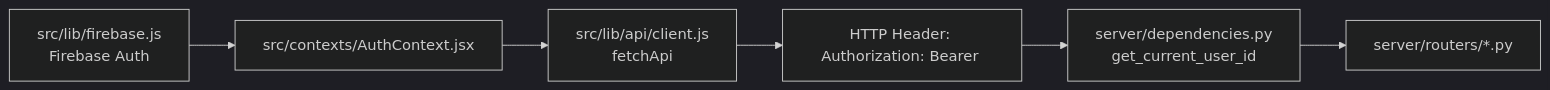
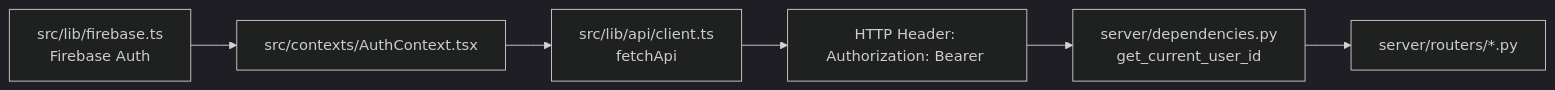
One commit to Shawn-csy/write_project changed diagram 12 of 15 in docs/product/data-flows.md. Above: the diagram before and after it, drawn with Mermaid (dark theme). The commit also changed other lines of this file and 34 other files, not shown here.

````diff
--- a/docs/product/data-flows.md
+++ b/docs/product/data-flows.md
@@ -209,8 +209,8 @@
 ```mermaid
 flowchart LR
-  A[src/lib/firebase.js\nFirebase Auth] --> B[src/contexts/AuthContext.jsx]
-  B --> C[src/lib/api/client.js\nfetchApi]
+  A[src/lib/firebase.ts\nFirebase Auth] --> B[src/contexts/AuthContext.tsx]
+  B --> C[src/lib/api/client.ts\nfetchApi]
   C --> D[HTTP Header: Authorization: Bearer <id_token>]
   D --> E[server/dependencies.py\nget_current_user_id]
   E --> F[server/routers/*.py]
 ```
````
